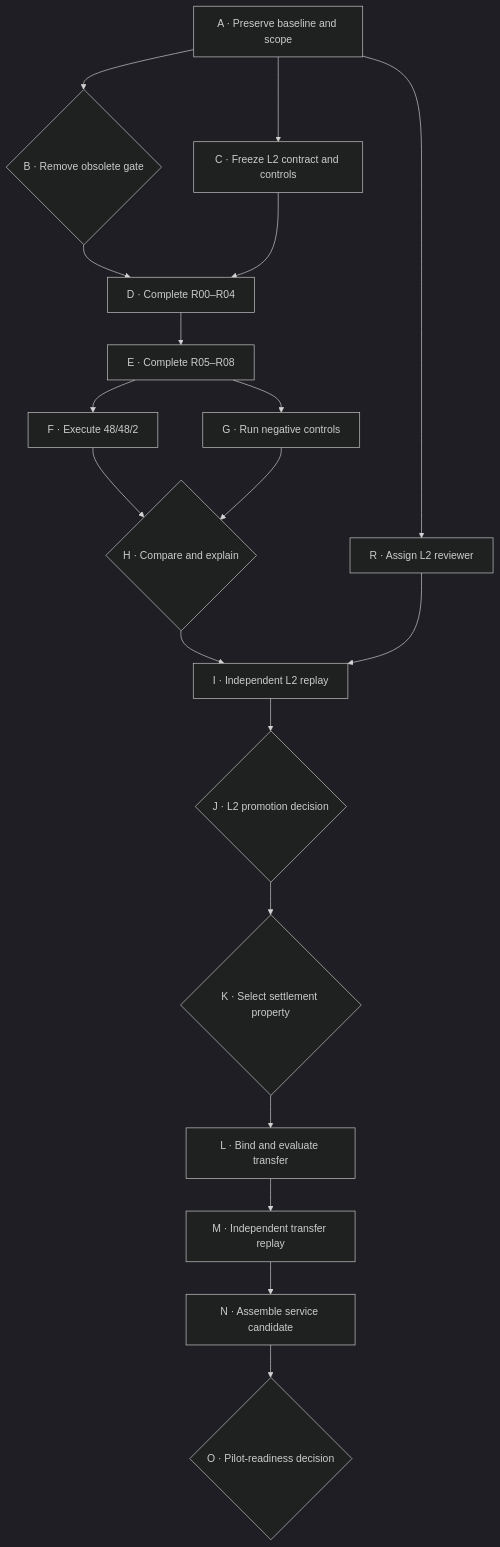
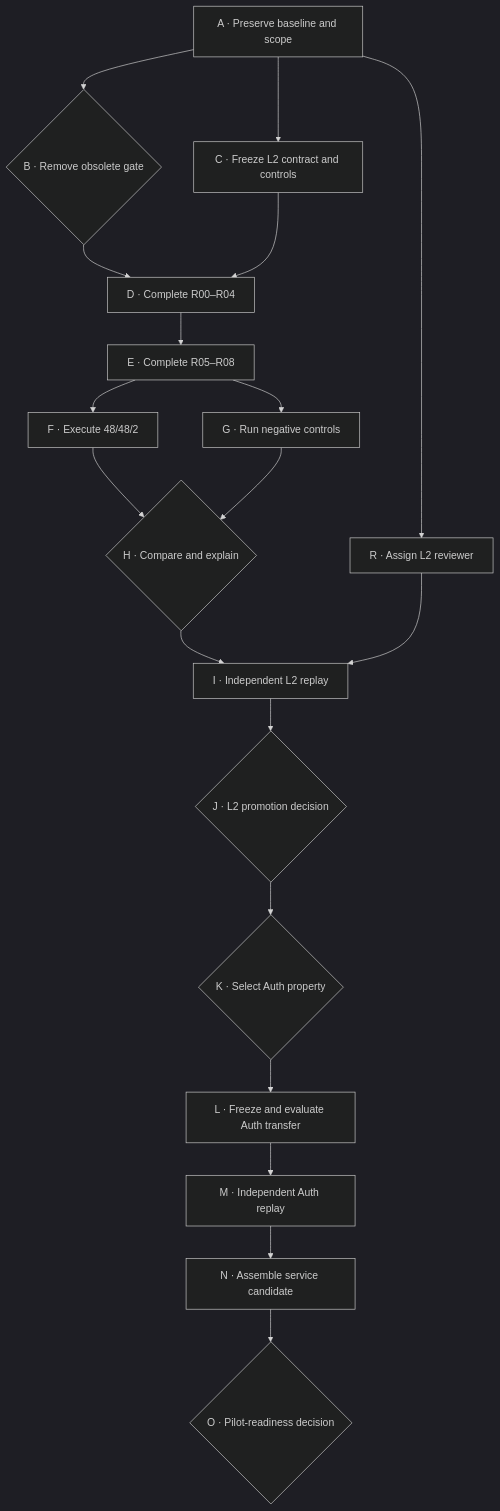
One commit to vrondelli/cyberAlchemy-v2 changed the diagram in implementation/domainspec-v2/development/evolvable-validation-framework/repair-assurance-expansion-plan-v1/DAG.md. Above: the diagram before and after it, drawn with Mermaid (dark theme). The commit also changed other lines of this file and 8999 other files, not shown here.

````diff
--- a/implementation/domainspec-v2/development/evolvable-validation-framework/repair-assurance-expansion-plan-v1/DAG.md
+++ b/implementation/domainspec-v2/development/evolvable-validation-framework/repair-assurance-expansion-plan-v1/DAG.md
@@ -6,21 +7,21 @@
 ```mermaid
 flowchart TD
   A["A · Preserve baseline and scope"] --> B{"B · Remove obsolete gate"}
   A --> C["C · Freeze L2 contract and controls"]
   B --> D["D · Complete R00–R04"]
   C --> D
   D --> E["E · Complete R05–R08"]
   E --> F["F · Execute 48/48/2"]
   E --> G["G · Run negative controls"]
   F --> H{"H · Compare and explain"}
   G --> H
   A --> R["R · Assign L2 reviewer"]
   H --> I["I · Independent L2 replay"]
   R --> I
   I --> J{"J · L2 promotion decision"}
-  J --> K{"K · Select settlement property"}
-  K --> L["L · Bind and evaluate transfer"]
-  L --> M["M · Independent transfer replay"]
+  J --> K{"K · Select Auth property"}
+  K --> L["L · Freeze and evaluate Auth transfer"]
+  L --> M["M · Independent Auth replay"]
   M --> N["N · Assemble service candidate"]
   N --> O{"O · Pilot-readiness decision"}
 ```
````
